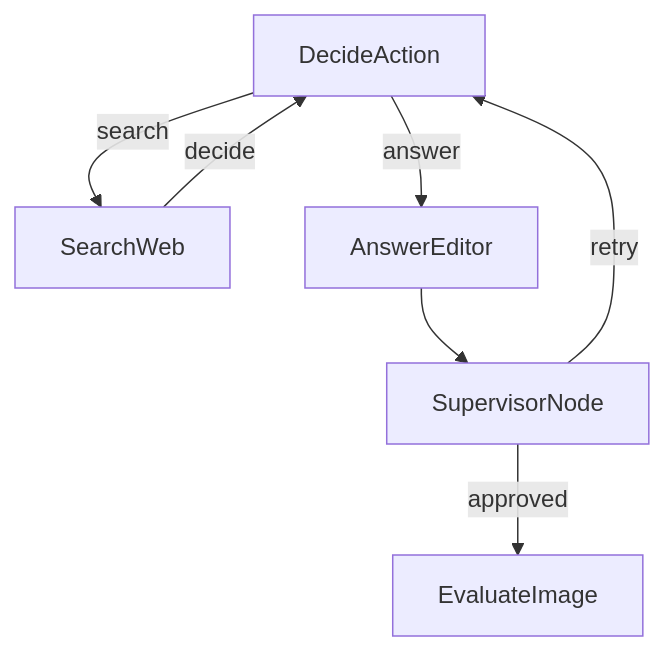
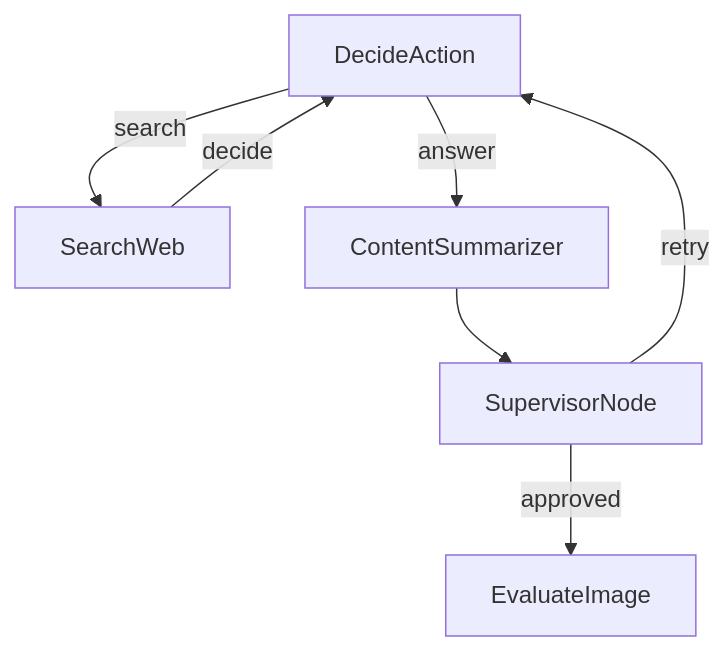
One commit to Fun-Fox/google-trends changed the first of 2 diagrams in README.md. Above: the diagram before and after it, drawn with Mermaid. The commit also changed other lines of this file and 3 other files, not shown here.

````diff
--- a/README.md
+++ b/README.md
@@ -74,10 +106,10 @@
 ```mermaid
 graph TD
     A[DecideAction] -->|"search"| B[SearchWeb]
-    A -->|"answer"| C[AnswerEditor]
+    A -->|"answer"| C[ContentSummarizer]
     C -->D[SupervisorNode]
     D -->|"approved"|E[EvaluateImage]
     D -->|"retry"| A
     B -->|"decide"| A
     
 ```
````
